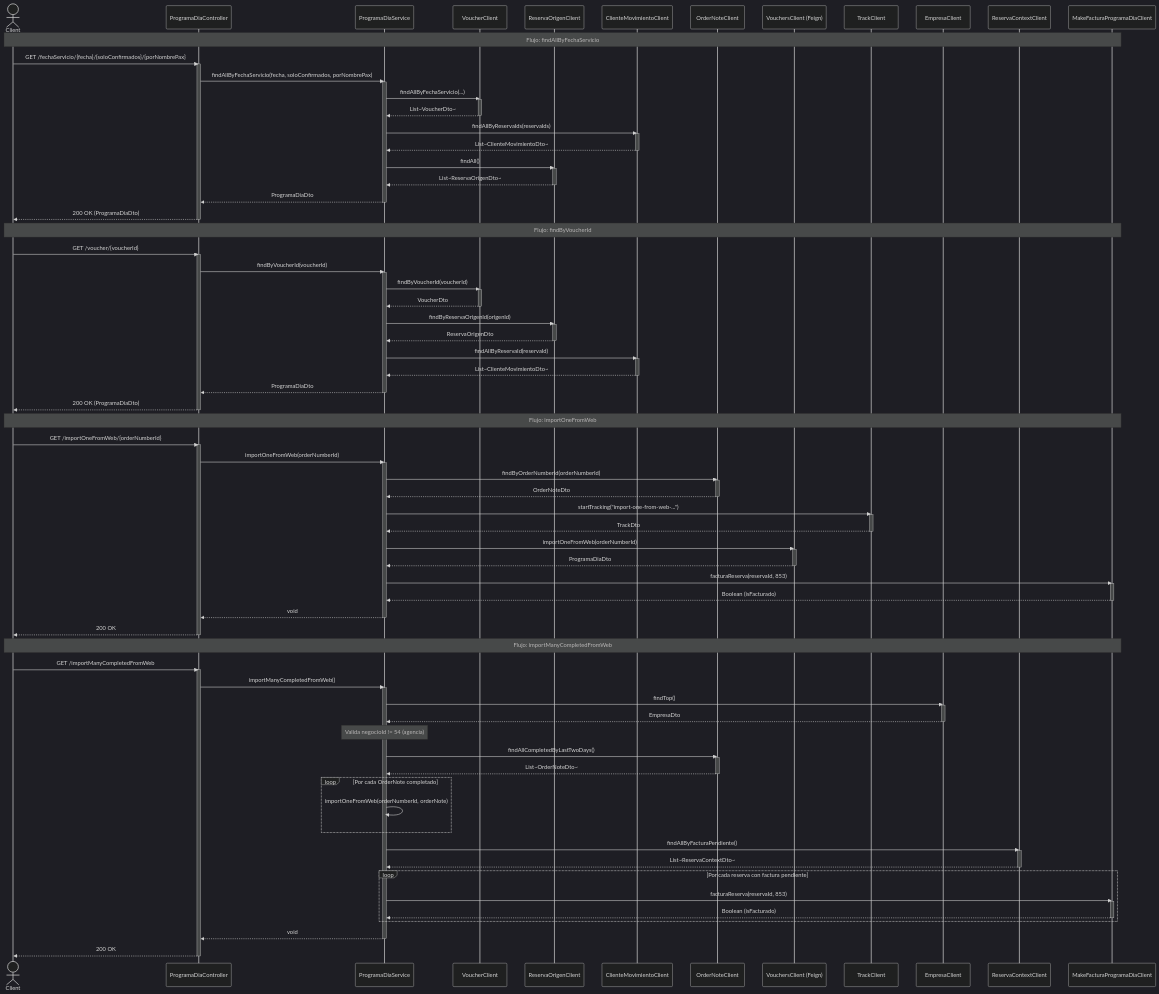
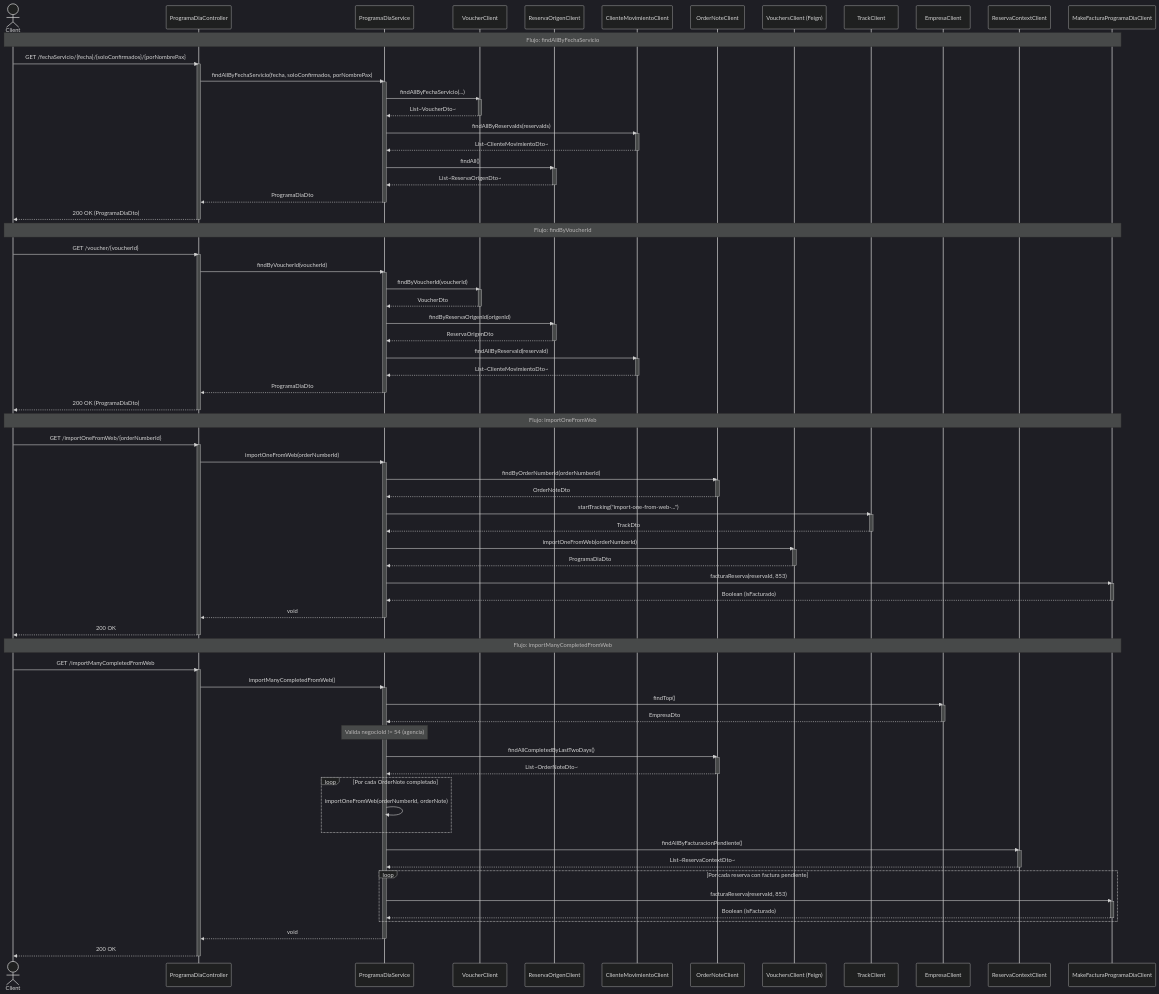
One commit to ETEREA-services/ETEREA.programa-dia-service changed the diagram in docs/diagrams/sequence-flow.mmd. Above: the diagram before and after it, drawn with Mermaid (dark theme).

Commit message:
fix(docs): correct method name in sequence diagram
Rename findAllByFacturaPendiente() to findAllByFacturacionPendiente() in the Mermaid sequence diagram to match the actual method signature in the codebase.

```diff
--- a/docs/diagrams/sequence-flow.mmd
+++ b/docs/diagrams/sequence-flow.mmd
@@ -1,115 +1,115 @@
 sequenceDiagram
     actor C as Client
     participant PDC as ProgramaDiaController
     participant PDS as ProgramaDiaService
     participant VC as VoucherClient
     participant ROC as ReservaOrigenClient
     participant CMC as ClienteMovimientoClient
     participant ONC as OrderNoteClient
     participant VFC as VouchersClient (Feign)
     participant TC as TrackClient
     participant EC as EmpresaClient
     participant RC as ReservaContextClient
     participant MFPC as MakeFacturaProgramaDiaClient
 
     Note over C,MFPC: Flujo: findAllByFechaServicio
     C->>PDC: GET /fechaServicio/{fecha}/{soloConfirmados}/{porNombrePax}
     activate PDC
     PDC->>PDS: findAllByFechaServicio(fecha, soloConfirmados, porNombrePax)
     activate PDS
     PDS->>VC: findAllByFechaServicio(...)
     activate VC
     VC-->>PDS: List~VoucherDto~
     deactivate VC
     PDS->>CMC: findAllByReservaIds(reservaIds)
     activate CMC
     CMC-->>PDS: List~ClienteMovimientoDto~
     deactivate CMC
     PDS->>ROC: findAll()
     activate ROC
     ROC-->>PDS: List~ReservaOrigenDto~
     deactivate ROC
     PDS-->>PDC: ProgramaDiaDto
     deactivate PDS
     PDC-->>C: 200 OK (ProgramaDiaDto)
     deactivate PDC
 
     Note over C,MFPC: Flujo: findByVoucherId
     C->>PDC: GET /voucher/{voucherId}
     activate PDC
     PDC->>PDS: findByVoucherId(voucherId)
     activate PDS
     PDS->>VC: findByVoucherId(voucherId)
     activate VC
     VC-->>PDS: VoucherDto
     deactivate VC
     PDS->>ROC: findByReservaOrigenId(origenId)
     activate ROC
     ROC-->>PDS: ReservaOrigenDto
     deactivate ROC
     PDS->>CMC: findAllByReservaId(reservaId)
     activate CMC
     CMC-->>PDS: List~ClienteMovimientoDto~
     deactivate CMC
     PDS-->>PDC: ProgramaDiaDto
     deactivate PDS
     PDC-->>C: 200 OK (ProgramaDiaDto)
     deactivate PDC
 
     Note over C,MFPC: Flujo: importOneFromWeb
     C->>PDC: GET /importOneFromWeb/{orderNumberId}
     activate PDC
     PDC->>PDS: importOneFromWeb(orderNumberId)
     activate PDS
     PDS->>ONC: findByOrderNumberId(orderNumberId)
     activate ONC
     ONC-->>PDS: OrderNoteDto
     deactivate ONC
     PDS->>TC: startTracking("import-one-from-web-...")
     activate TC
     TC-->>PDS: TrackDto
     deactivate TC
     PDS->>VFC: importOneFromWeb(orderNumberId)
     activate VFC
     VFC-->>PDS: ProgramaDiaDto
     deactivate VFC
     PDS->>MFPC: facturaReserva(reservaId, 853)
     activate MFPC
     MFPC-->>PDS: Boolean (isFacturado)
     deactivate MFPC
     PDS-->>PDC: void
     deactivate PDS
     PDC-->>C: 200 OK
     deactivate PDC
 
     Note over C,MFPC: Flujo: importManyCompletedFromWeb
     C->>PDC: GET /importManyCompletedFromWeb
     activate PDC
     PDC->>PDS: importManyCompletedFromWeb()
     activate PDS
     PDS->>EC: findTop()
     activate EC
     EC-->>PDS: EmpresaDto
     deactivate EC
     Note over PDS: Valida negocioId != 54 (agencia)
     PDS->>ONC: findAllCompletedByLastTwoDays()
     activate ONC
     ONC-->>PDS: List~OrderNoteDto~
     deactivate ONC
     loop Por cada OrderNote completado
         PDS->>PDS: importOneFromWeb(orderNumberId, orderNote)
     end
-    PDS->>RC: findAllByFacturaPendiente()
+    PDS->>RC: findAllByFacturacionPendiente()
     activate RC
     RC-->>PDS: List~ReservaContextDto~
     deactivate RC
     loop Por cada reserva con factura pendiente
         PDS->>MFPC: facturaReserva(reservaId, 853)
         activate MFPC
         MFPC-->>PDS: Boolean (isFacturado)
         deactivate MFPC
     end
     PDS-->>PDC: void
     deactivate PDS
     PDC-->>C: 200 OK
     deactivate PDC
```
